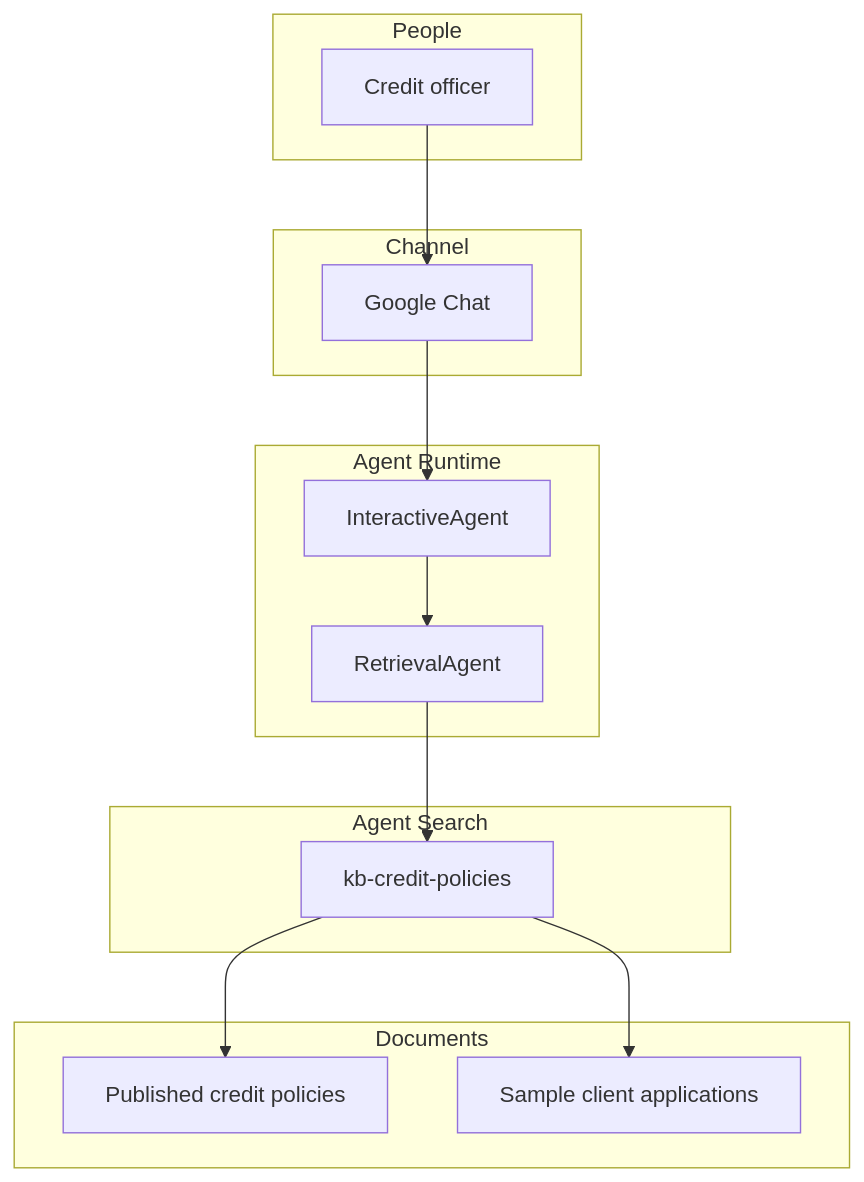
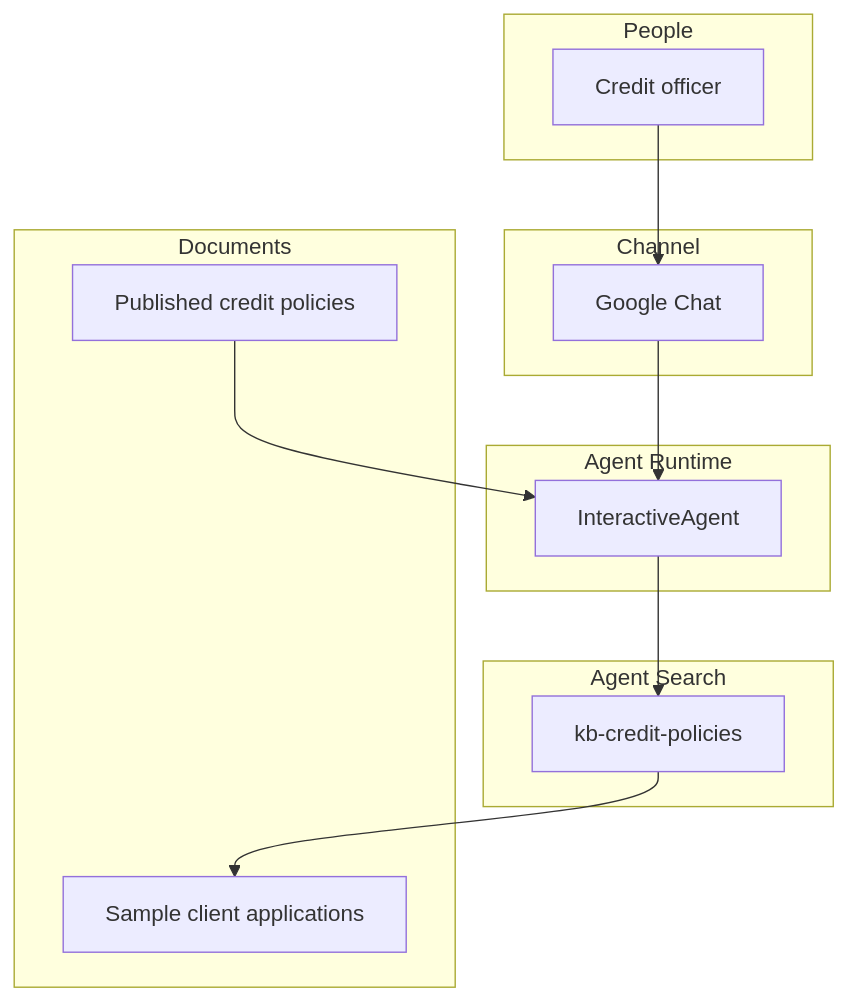
The third of 3 diagrams in README.md (kborovik/google-gemini-platform), drawn with Mermaid before and after one commit. The commit also changed other lines of this file and 13 other files, not shown here.

````diff
--- a/README.md
+++ b/README.md
@@ -63,31 +61,29 @@
 ```mermaid
 flowchart TB
   subgraph People
     Officer[Credit officer]
   end
 
   subgraph Channel
     Chat[Google Chat]
   end
 
   subgraph Runtime["Agent Runtime"]
     Interactive[InteractiveAgent]
-    Retrieval[RetrievalAgent]
   end
 
   subgraph Search["Agent Search"]
     Store[kb-credit-policies]
   end
 
   subgraph Documents
     Pol[Published credit policies]
     Apps[Sample client applications]
   end
 
   Officer --> Chat
   Chat --> Interactive
-  Interactive --> Retrieval
-  Retrieval --> Store
-  Store --> Pol
+  Pol --> Interactive
+  Interactive --> Store
   Store --> Apps
 ```
````
